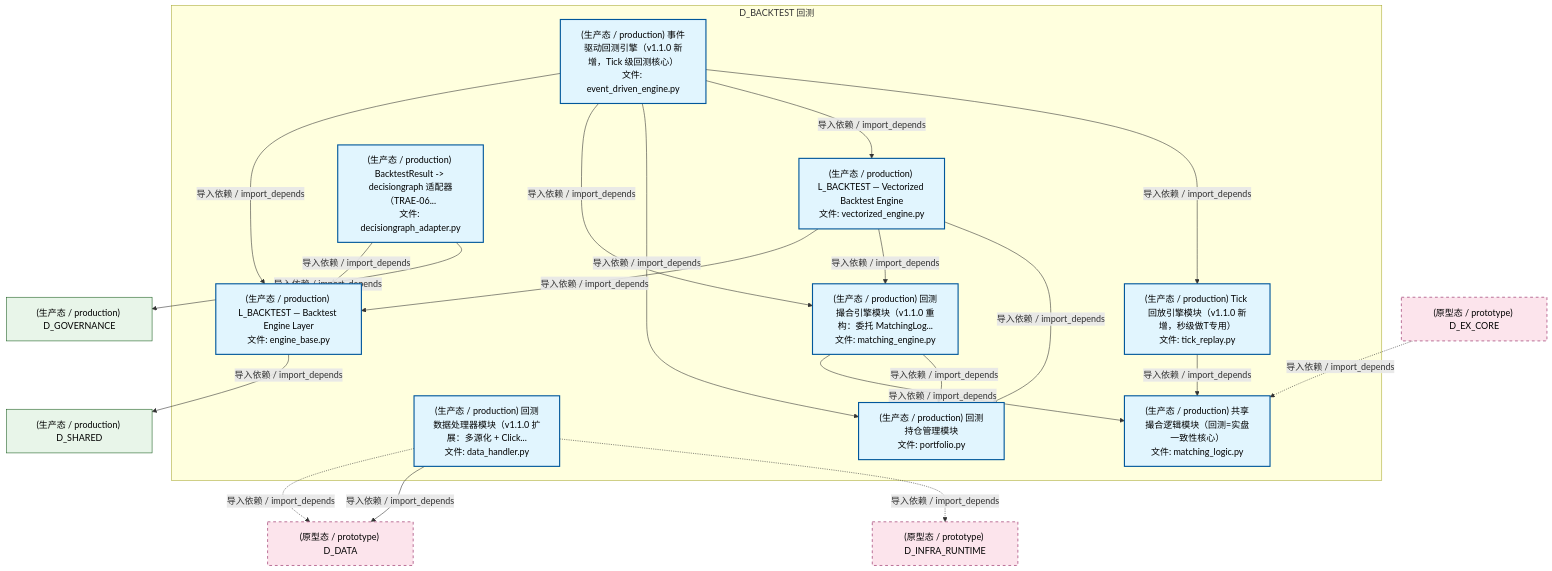
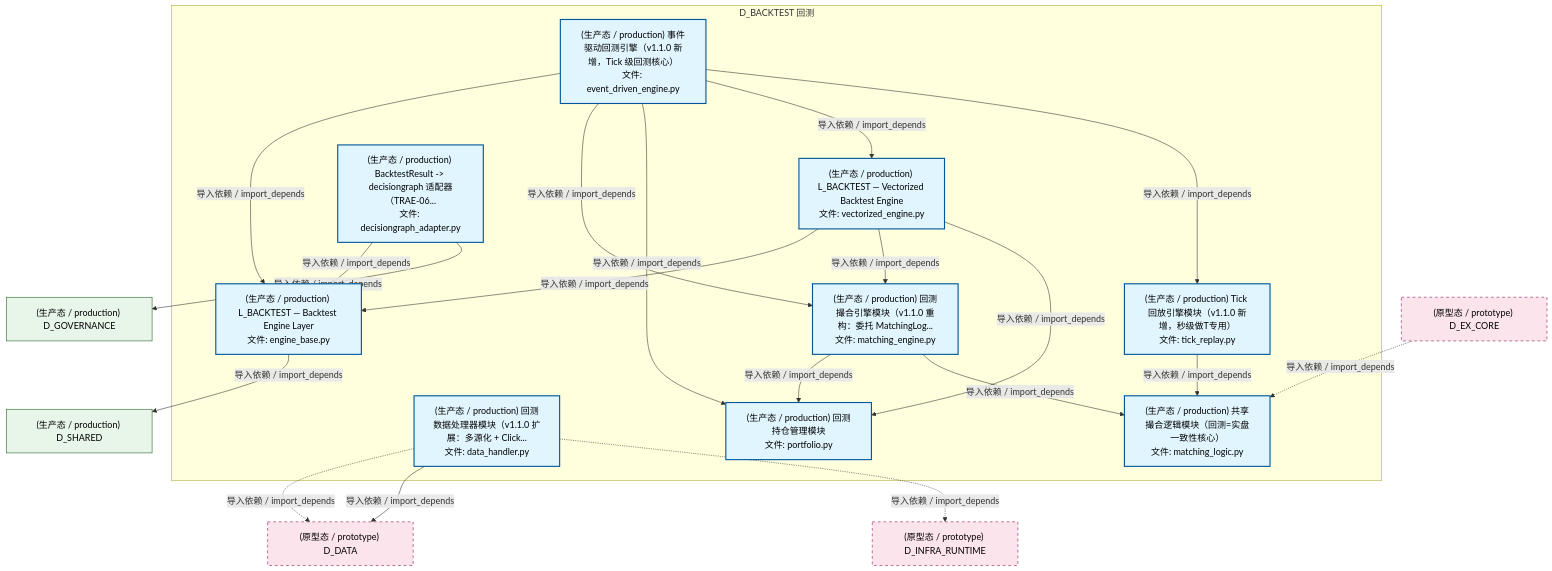
Before and after one commit to xuanFelixVan/ZephyrAlpha: the second of 5 diagrams in docs/02_enterprise_architecture/02_domain_architecture_docs/30_d_backtest.md, drawn with Mermaid. The commit also changed other lines of this file and 96 other files, not shown here.

````diff
--- a/docs/02_enterprise_architecture/02_domain_architecture_docs/30_d_backtest.md
+++ b/docs/02_enterprise_architecture/02_domain_architecture_docs/30_d_backtest.md
@@ -182,44 +182,44 @@
 ```mermaid
 graph TD
     subgraph D_BACKTEST["D_BACKTEST 回测"]
         src_zephyr_backtest_core_data_handler_py["(生产态 / production) 回测数据处理器模块（v1.1.0 扩展：多源化 + Click...<br/>文件: data_handler.py"]
         src_zephyr_backtest_core_engine_base_py["(生产态 / production) L_BACKTEST — Backtest Engine Layer<br/>文件: engine_base.py"]
         src_zephyr_backtest_core_matching_engine_py["(生产态 / production) 回测撮合引擎模块（v1.1.0 重构：委托 MatchingLog...<br/>文件: matching_engine.py"]
         src_zephyr_backtest_core_matching_logic_py["(生产态 / production) 共享撮合逻辑模块（回测=实盘一致性核心）<br/>文件: matching_logic.py"]
         src_zephyr_backtest_core_portfolio_py["(生产态 / production) 回测持仓管理模块<br/>文件: portfolio.py"]
         src_zephyr_backtest_core_tick_replay_py["(生产态 / production) Tick 回放引擎模块（v1.1.0 新增，秒级做T专用）<br/>文件: tick_replay.py"]
         src_zephyr_backtest_implementations_event_driven_engine_py["(生产态 / production) 事件驱动回测引擎（v1.1.0 新增，Tick 级回测核心）<br/>文件: event_driven_engine.py"]
         src_zephyr_backtest_implementations_vectorized_engine_py["(生产态 / production) L_BACKTEST — Vectorized Backtest Engine<br/>文件: vectorized_engine.py"]
         src_zephyr_backtest_io_decisiongraph_adapter_py["(生产态 / production) BacktestResult -> decisiongraph 适配器（TRAE-06...<br/>文件: decisiongraph_adapter.py"]
     end
+    src_zephyr_backtest_core_matching_engine_py -->|导入依赖 / import_depends| src_zephyr_backtest_core_portfolio_py
     src_zephyr_backtest_core_matching_engine_py -->|导入依赖 / import_depends| src_zephyr_backtest_core_matching_logic_py
-    src_zephyr_backtest_core_matching_engine_py -->|导入依赖 / import_depends| src_zephyr_backtest_core_portfolio_py
     src_zephyr_backtest_implementations_vectorized_engine_py -->|导入依赖 / import_depends| src_zephyr_backtest_core_engine_base_py
     src_zephyr_backtest_implementations_vectorized_engine_py -->|导入依赖 / import_depends| src_zephyr_backtest_core_matching_engine_py
     src_zephyr_backtest_implementations_vectorized_engine_py -->|导入依赖 / import_depends| src_zephyr_backtest_core_portfolio_py
     src_zephyr_backtest_implementations_event_driven_engine_py -->|导入依赖 / import_depends| src_zephyr_backtest_core_engine_base_py
     src_zephyr_backtest_implementations_event_driven_engine_py -->|导入依赖 / import_depends| src_zephyr_backtest_core_matching_engine_py
     src_zephyr_backtest_implementations_event_driven_engine_py -->|导入依赖 / import_depends| src_zephyr_backtest_core_portfolio_py
     src_zephyr_backtest_implementations_event_driven_engine_py -->|导入依赖 / import_depends| src_zephyr_backtest_implementations_vectorized_engine_py
     src_zephyr_backtest_implementations_event_driven_engine_py -->|导入依赖 / import_depends| src_zephyr_backtest_core_tick_replay_py
     src_zephyr_backtest_core_tick_replay_py -->|导入依赖 / import_depends| src_zephyr_backtest_core_matching_logic_py
     src_zephyr_backtest_io_decisiongraph_adapter_py -->|导入依赖 / import_depends| src_zephyr_backtest_core_engine_base_py
     D_DATA["(原型态 / prototype) D_DATA"]
     src_zephyr_backtest_core_data_handler_py -.->|导入依赖 / import_depends| D_DATA
     src_zephyr_backtest_core_data_handler_py -->|导入依赖 / import_depends| D_DATA
     D_INFRA_RUNTIME["(原型态 / prototype) D_INFRA_RUNTIME"]
     src_zephyr_backtest_core_data_handler_py -.->|导入依赖 / import_depends| D_INFRA_RUNTIME
     D_SHARED["(生产态 / production) D_SHARED"]
     src_zephyr_backtest_core_engine_base_py -->|导入依赖 / import_depends| D_SHARED
     D_GOVERNANCE["(生产态 / production) D_GOVERNANCE"]
     src_zephyr_backtest_io_decisiongraph_adapter_py -->|导入依赖 / import_depends| D_GOVERNANCE
     D_EX_CORE["(原型态 / prototype) D_EX_CORE"]
     D_EX_CORE -.->|导入依赖 / import_depends| src_zephyr_backtest_core_matching_logic_py
     classDef production fill:#e1f5fe,stroke:#01579b,stroke-width:2px,color:#000
     classDef design fill:#fff3e0,stroke:#e65100,stroke-width:2px,color:#000,stroke-dasharray: 5 5
     classDef external_prod fill:#e8f5e9,stroke:#1b5e20,stroke-width:1px,color:#000
     classDef external_design fill:#fce4ec,stroke:#880e4f,stroke-width:1px,color:#000,stroke-dasharray: 5 5
     class src_zephyr_backtest_core_data_handler_py,src_zephyr_backtest_core_engine_base_py,src_zephyr_backtest_core_matching_engine_py,src_zephyr_backtest_core_matching_logic_py,src_zephyr_backtest_core_portfolio_py,src_zephyr_backtest_core_tick_replay_py,src_zephyr_backtest_implementations_event_driven_engine_py,src_zephyr_backtest_implementations_vectorized_engine_py,src_zephyr_backtest_io_decisiongraph_adapter_py production
     class D_SHARED,D_GOVERNANCE external_prod
     class D_DATA,D_INFRA_RUNTIME,D_EX_CORE external_design
 ```
````
